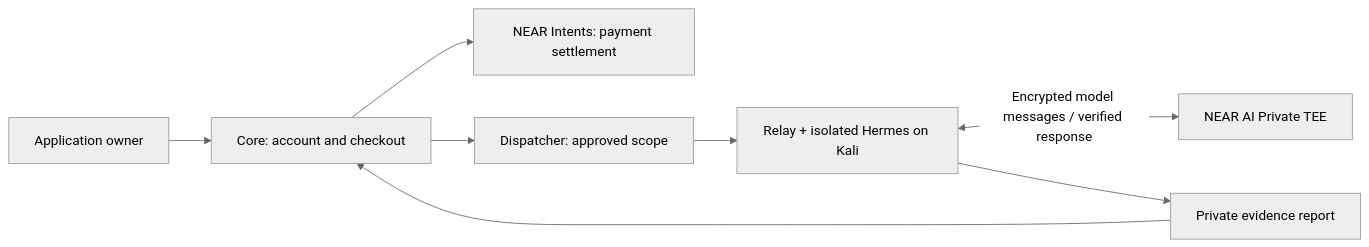
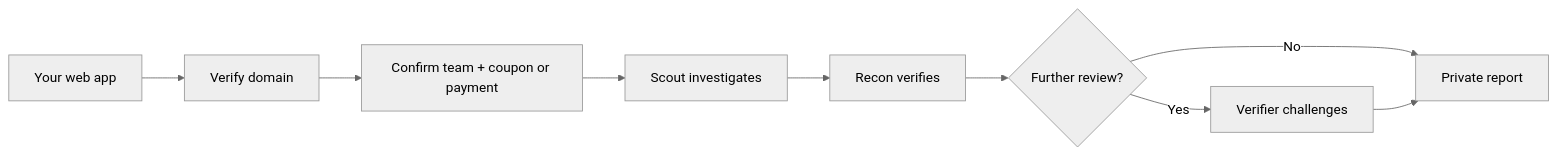
One commit to adaki2004/patchriot-core changed the first of 2 diagrams in README.md. Above: the diagram before and after it, drawn with Mermaid (neutral theme). The commit also changed other lines of this file and 7 other files, not shown here.

````diff
--- a/README.md
+++ b/README.md
@@ -52,10 +11,11 @@
 ```mermaid
 flowchart LR
-  U[Application owner] --> C[Core: account and checkout]
-  C --> N[NEAR Intents: payment settlement]
-  C --> D[Dispatcher: approved scope]
-  D --> R[Relay + isolated Hermes on Kali]
-  R <-->|Encrypted model messages / verified response| T[NEAR AI Private TEE]
-  R --> E[Private evidence report]
-  E --> C
+    U[Your web app] --> V[Verify domain]
+    V --> C[Confirm team + coupon or payment]
+    C --> S[Scout investigates]
+    S --> R[Recon verifies]
+    R --> T{Further review?}
+    T -->|Yes| X[Verifier challenges]
+    T -->|No| P[Private report]
+    X --> P
 ```
````
